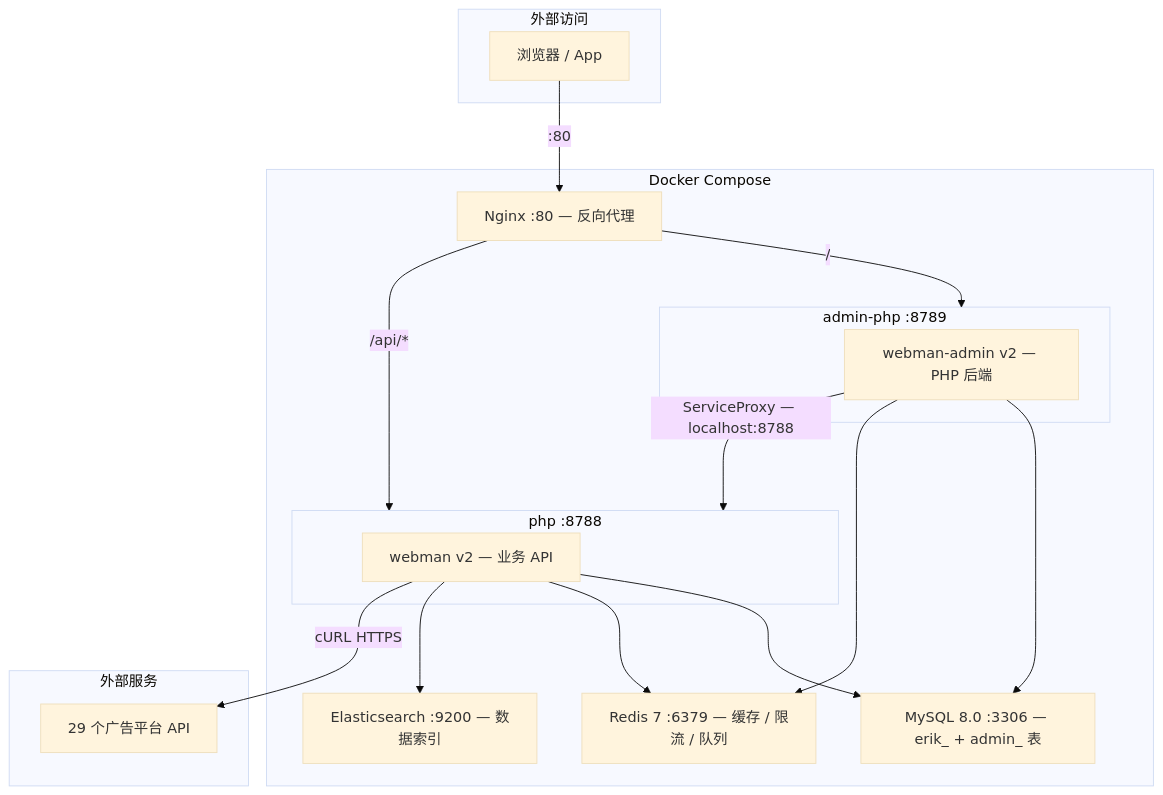
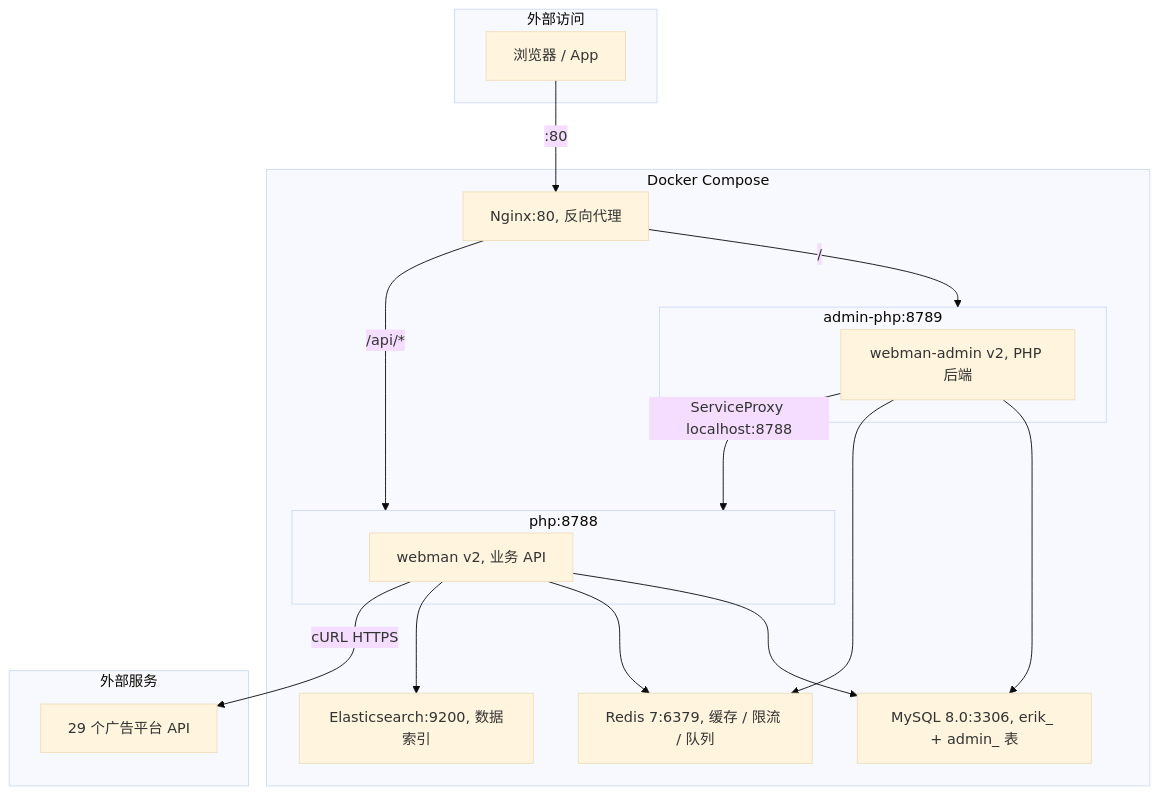
One commit to erikwang2013/ads-php changed the seventh of 8 diagrams in docs/superpowers/specs/2026-05-14-ads-platform-design.md. Above: the diagram before and after it, drawn with Mermaid (base theme). The commit also changed other lines of this file and 1 other file, not shown here.

First line of the commit message:
fix: remove all special chars from Mermaid labels for GitHub rendering

````diff
--- a/docs/superpowers/specs/2026-05-14-ads-platform-design.md
+++ b/docs/superpowers/specs/2026-05-14-ads-platform-design.md
@@ -834,37 +834,37 @@
 ```mermaid
 graph TB
     subgraph Internet["外部访问"]
         Browser["浏览器 / App"]
     end
 
     subgraph Docker["Docker Compose"]
-        Nginx["Nginx :80 — 反向代理"]
+        Nginx["Nginx:80, 反向代理"]
         
-        subgraph AdminSvc["admin-php :8789"]
-            AdminPHP["webman-admin v2 — PHP 后端"]
+        subgraph AdminSvc["admin-php:8789"]
+            AdminPHP["webman-admin v2, PHP 后端"]
         end
         
-        subgraph ServiceSvc["php :8788"]
-            ServicePHP["webman v2 — 业务 API"]
+        subgraph ServiceSvc["php:8788"]
+            ServicePHP["webman v2, 业务 API"]
         end
 
-        MySQL["MySQL 8.0 :3306 — erik_ + admin_ 表"]
-        Redis["Redis 7 :6379 — 缓存 / 限流 / 队列"]
-        ES["Elasticsearch :9200 — 数据索引"]
+        MySQL["MySQL 8.0:3306, erik_ + admin_ 表"]
+        Redis["Redis 7:6379, 缓存 / 限流 / 队列"]
+        ES["Elasticsearch:9200, 数据索引"]
     end
 
     subgraph External["外部服务"]
         AdPlatforms["29 个广告平台 API"]
     end
 
-    Browser -->|":80"| Nginx
-    Nginx -->|"/"| AdminSvc
-    Nginx -->|"/api/*"| ServiceSvc
-    AdminPHP -->|"ServiceProxy — localhost:8788"| ServiceSvc
+    Browser -->|:80| Nginx
+    Nginx -->|/| AdminSvc
+    Nginx -->|/api/*| ServiceSvc
+    AdminPHP -->|ServiceProxy localhost:8788| ServiceSvc
     ServicePHP --> MySQL
     ServicePHP --> Redis
     ServicePHP --> ES
     AdminPHP --> MySQL
     AdminPHP --> Redis
-    ServicePHP -->|"cURL HTTPS"| AdPlatforms
+    ServicePHP -->|cURL HTTPS| AdPlatforms
 ```
````
